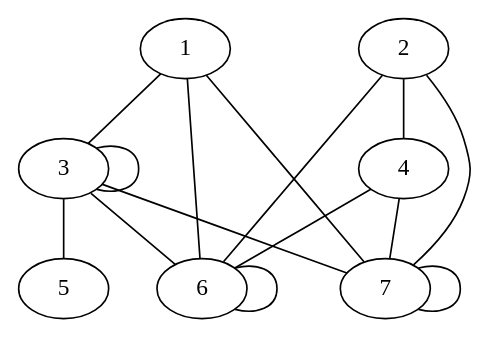
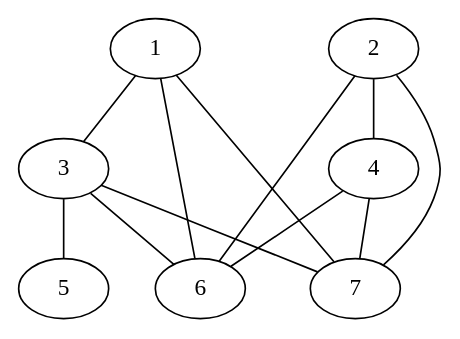
The diagram in labs/unit-2-labs/lab-7b/data/Graph.gv (varnerlab/CHEME-1800-4800-Course-Repository-S23), drawn with Graphviz before and after one commit. The commit also changed 2 other files, not shown here.

```diff
--- a/labs/unit-2-labs/lab-7b/data/Graph.gv
+++ b/labs/unit-2-labs/lab-7b/data/Graph.gv
@@ -1,18 +1,16 @@
 graph G {
     1 -- 3;
     1 -- 6;
     1 -- 7;
     
     2 -- 4;
     2 -- 6;
     2 -- 7;
     
-    3 -- 3;
     3 -- 5;
     3 -- 6;
     3 -- 7;
+    
     4 -- 6;
     4 -- 7;
-    6 -- 6;
-    7 -- 7;
 }
```
